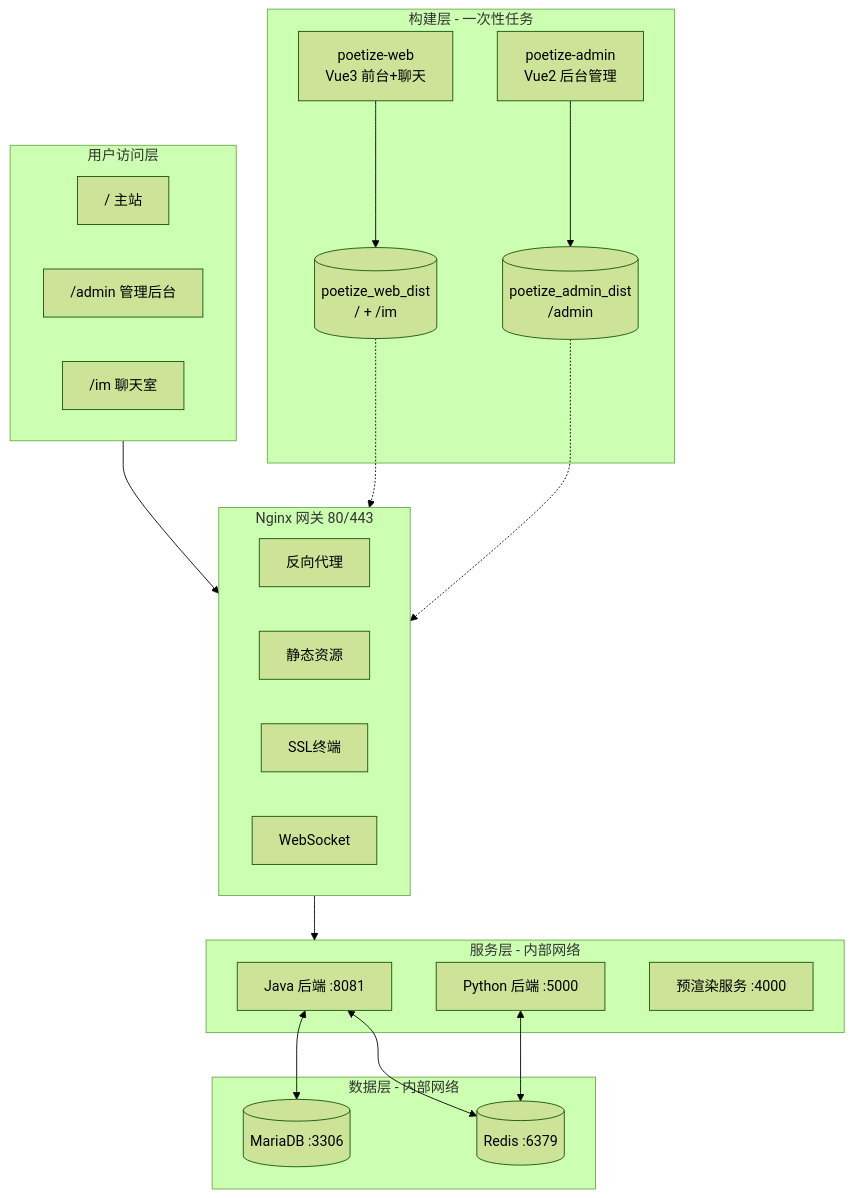
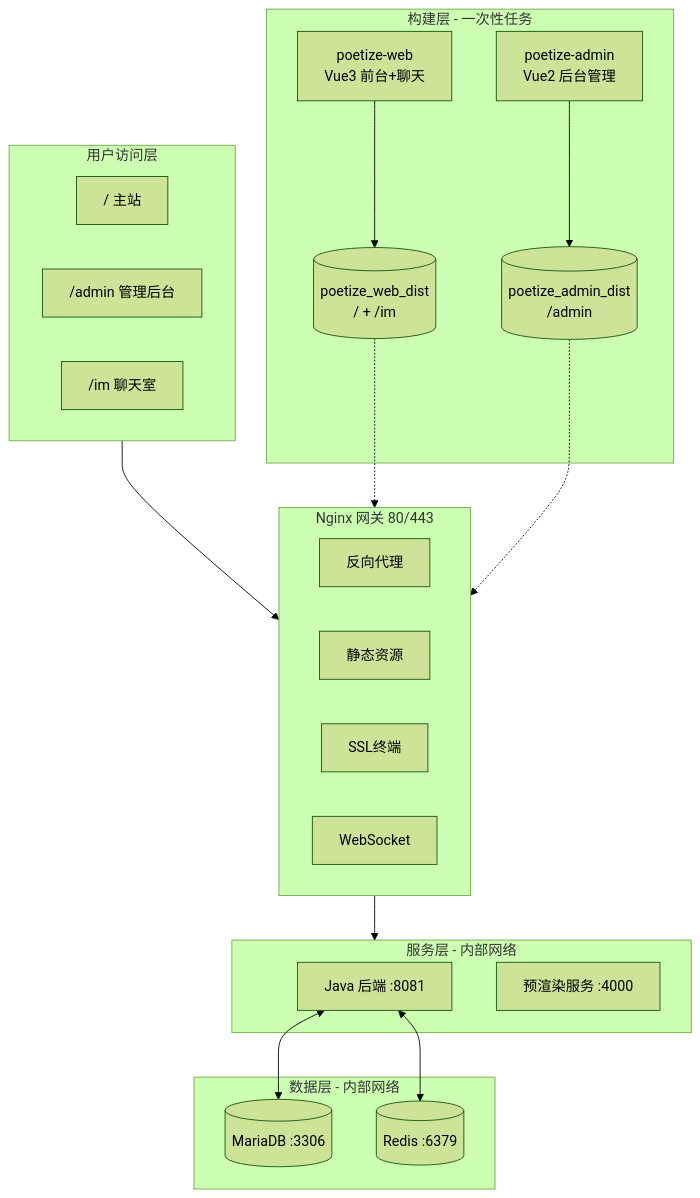
The diagram in docs/架构设计.md (LeapYa/awesome-poetize-open), drawn with Mermaid (forest theme) before and after one commit. The commit also changed other lines of this file and 237 other files, not shown here.

````diff
--- a/docs/架构设计.md
+++ b/docs/架构设计.md
@@ -20,45 +19,43 @@
 ```mermaid
 flowchart TB
     subgraph User["用户访问层"]
         U1["/ 主站"]
         U2["/admin 管理后台"]
         U3["/im 聊天室"]
     end
 
     subgraph Nginx["Nginx 网关 80/443"]
         direction LR
         N1["反向代理"]
         N2["静态资源"]
         N3["SSL终端"]
         N4["WebSocket"]
     end
 
     subgraph Services["服务层 - 内部网络"]
         Java["Java 后端 :8081"]
-        Python["Python 后端 :5000"]
         Prerender["预渲染服务 :4000"]
     end
 
     subgraph Data["数据层 - 内部网络"]
         MariaDB[("MariaDB :3306")]
         Redis[("Redis :6379")]
     end
 
     subgraph Build["构建层 - 一次性任务"]
         Web["poetize-web<br/>Vue3 前台+聊天"]
         Admin["poetize-admin<br/>Vue2 后台管理"]
         WebDist[("poetize_web_dist<br/>/ + /im")]
         AdminDist[("poetize_admin_dist<br/>/admin")]
     end
 
     User --> Nginx
     Nginx --> Services
     Java <--> MariaDB
     Java <--> Redis
-    Python <--> Redis
     
     Web --> WebDist
     Admin --> AdminDist
     WebDist -.-> Nginx
     AdminDist -.-> Nginx
 ```
````
